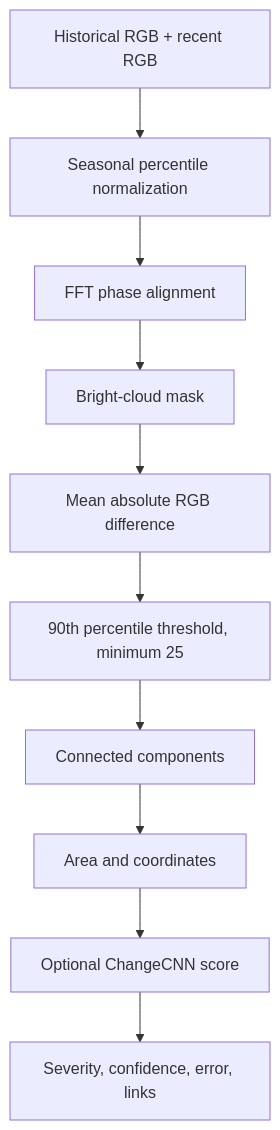
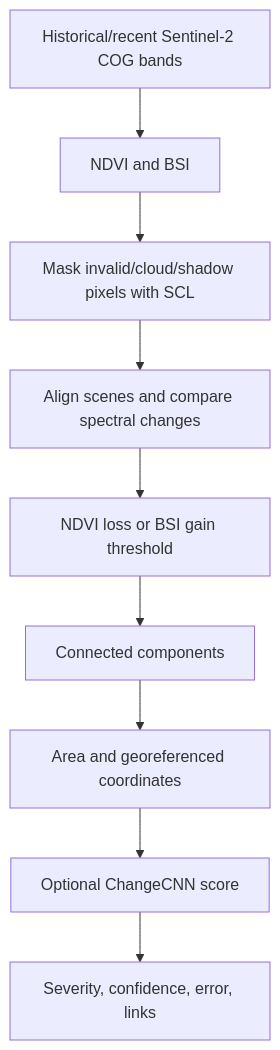
The second of 2 diagrams in docs/working-flow.md (himanshugoyal2582003/GeoSentinelAI), drawn with Mermaid before and after one commit. The commit also changed other lines of this file and 16 other files, not shown here.

````diff
--- a/docs/working-flow.md
+++ b/docs/working-flow.md
@@ -42,12 +43,11 @@
 ```mermaid
 flowchart TD
-    A[Historical RGB + recent RGB] --> B[Seasonal percentile normalization]
-    B --> C[FFT phase alignment]
-    C --> D[Bright-cloud mask]
-    D --> E[Mean absolute RGB difference]
-    E --> F[90th percentile threshold, minimum 25]
-    F --> G[Connected components]
-    G --> H[Area and coordinates]
-    H --> I[Optional ChangeCNN score]
-    I --> J[Severity, confidence, error, links]
+    A[Historical/recent Sentinel-2 COG bands] --> B[NDVI and BSI]
+    B --> C[Mask invalid/cloud/shadow pixels with SCL]
+    C --> D[Align scenes and compare spectral changes]
+    D --> E[NDVI loss or BSI gain threshold]
+    E --> F[Connected components]
+    F --> G[Area and georeferenced coordinates]
+    G --> H[Optional ChangeCNN score]
+    H --> I[Severity, confidence, error, links]
 ```
````
